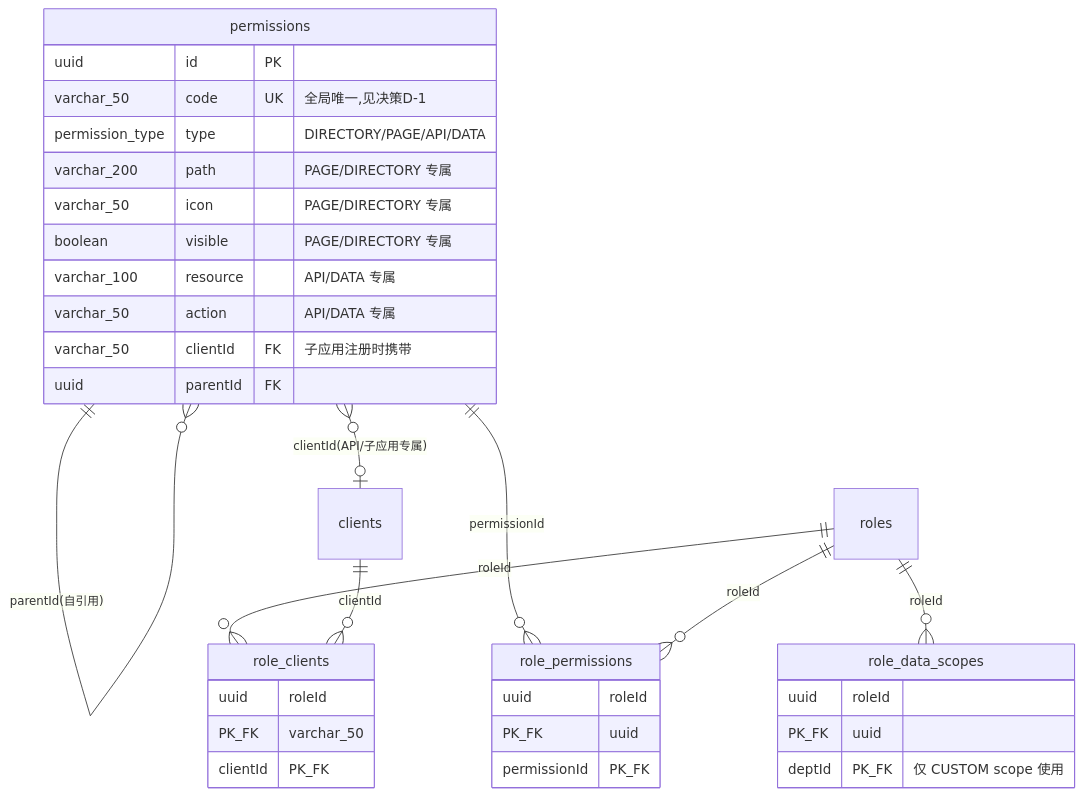
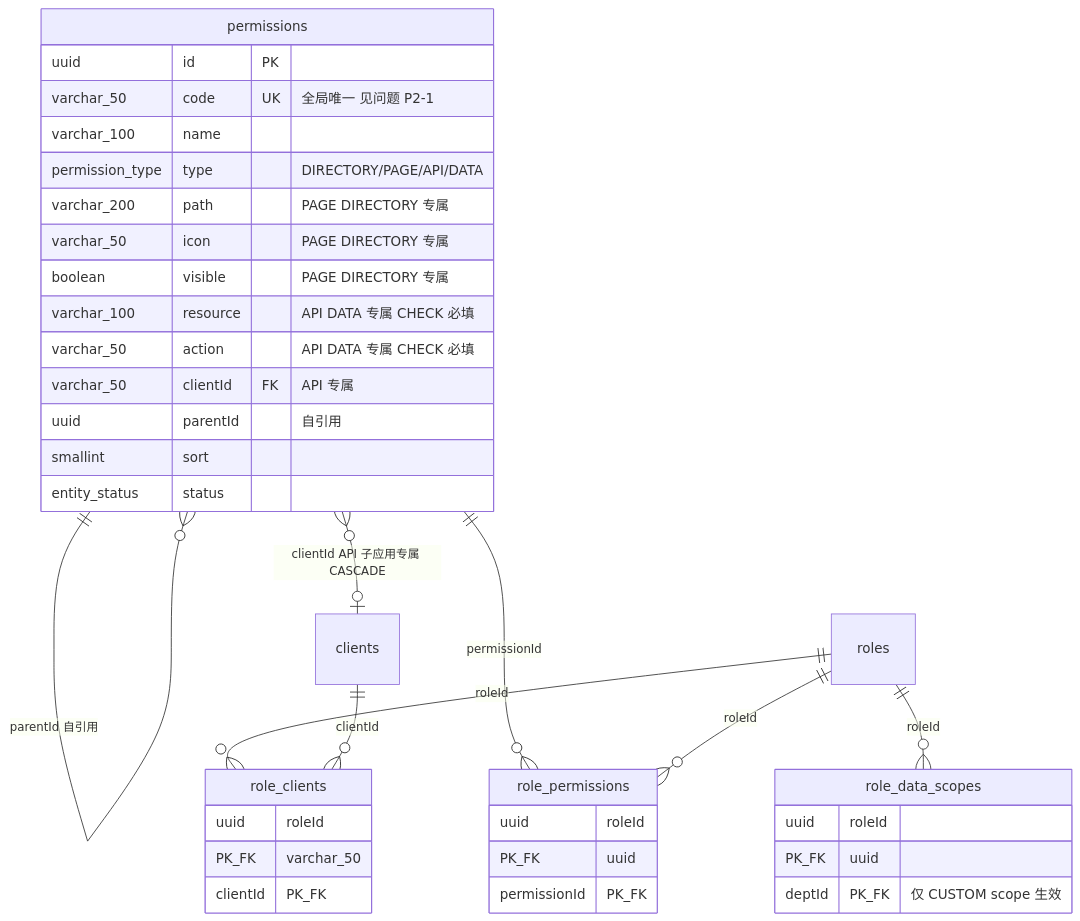
The second of 3 diagrams in docs/spec/DATABASE-DBA-REVIEW.md (anjing0524/auth-sso), drawn with Mermaid before and after one commit. The commit also changed other lines of this file and 8 other files, not shown here.

````diff
--- a/docs/spec/DATABASE-DBA-REVIEW.md
+++ b/docs/spec/DATABASE-DBA-REVIEW.md
@@ -63,34 +74,37 @@
 ```mermaid
 erDiagram
-    permissions ||--o{ permissions : "parentId(自引用)"
-    permissions }o--o| clients : "clientId(API/子应用专属)"
+    permissions ||--o{ permissions : "parentId 自引用"
+    permissions }o--o| clients : "clientId API 子应用专属 CASCADE"
     permissions ||--o{ role_permissions : "permissionId"
     roles ||--o{ role_permissions : "roleId"
     roles ||--o{ role_data_scopes : "roleId"
     roles ||--o{ role_clients : "roleId"
     clients ||--o{ role_clients : "clientId"
     permissions {
         uuid id PK
-        varchar_50 code UK "全局唯一,见决策D-1"
+        varchar_50 code UK "全局唯一 见问题 P2-1"
+        varchar_100 name
         permission_type type "DIRECTORY/PAGE/API/DATA"
-        varchar_200 path   "PAGE/DIRECTORY 专属"
-        varchar_50 icon    "PAGE/DIRECTORY 专属"
-        boolean visible    "PAGE/DIRECTORY 专属"
-        varchar_100 resource "API/DATA 专属"
-        varchar_50 action   "API/DATA 专属"
-        varchar_50 clientId FK "子应用注册时携带"
-        uuid parentId FK
+        varchar_200 path "PAGE DIRECTORY 专属"
+        varchar_50 icon "PAGE DIRECTORY 专属"
+        boolean visible "PAGE DIRECTORY 专属"
+        varchar_100 resource "API DATA 专属 CHECK 必填"
+        varchar_50 action "API DATA 专属 CHECK 必填"
+        varchar_50 clientId FK "API 专属"
+        uuid parentId "自引用"
+        smallint sort
+        entity_status status
     }
     role_permissions {
         uuid roleId PK_FK
         uuid permissionId PK_FK
     }
     role_data_scopes {
         uuid roleId PK_FK
-        uuid deptId PK_FK  "仅 CUSTOM scope 使用"
+        uuid deptId PK_FK "仅 CUSTOM scope 生效"
     }
     role_clients {
         uuid roleId PK_FK
         varchar_50 clientId PK_FK
     }
 ```
````
